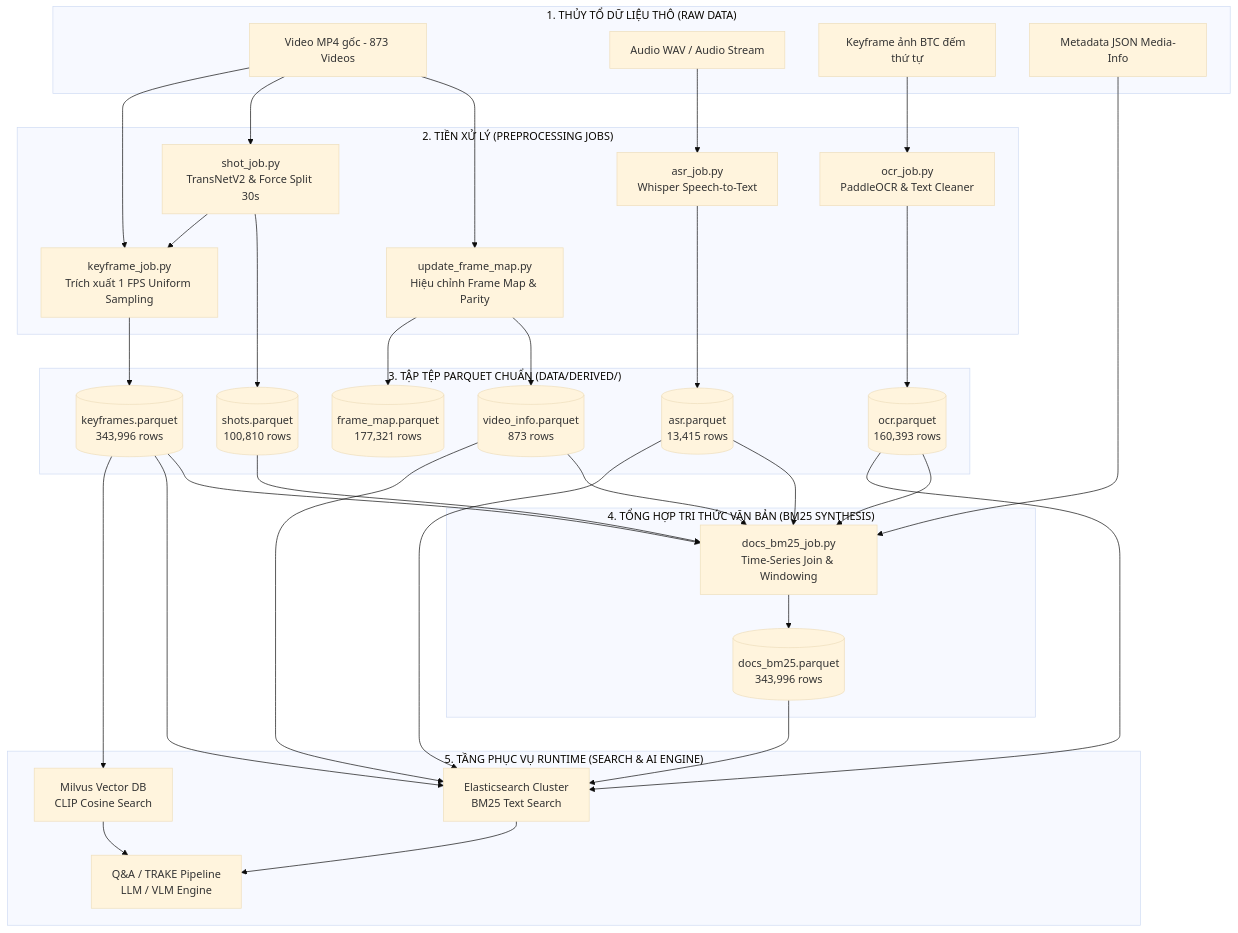
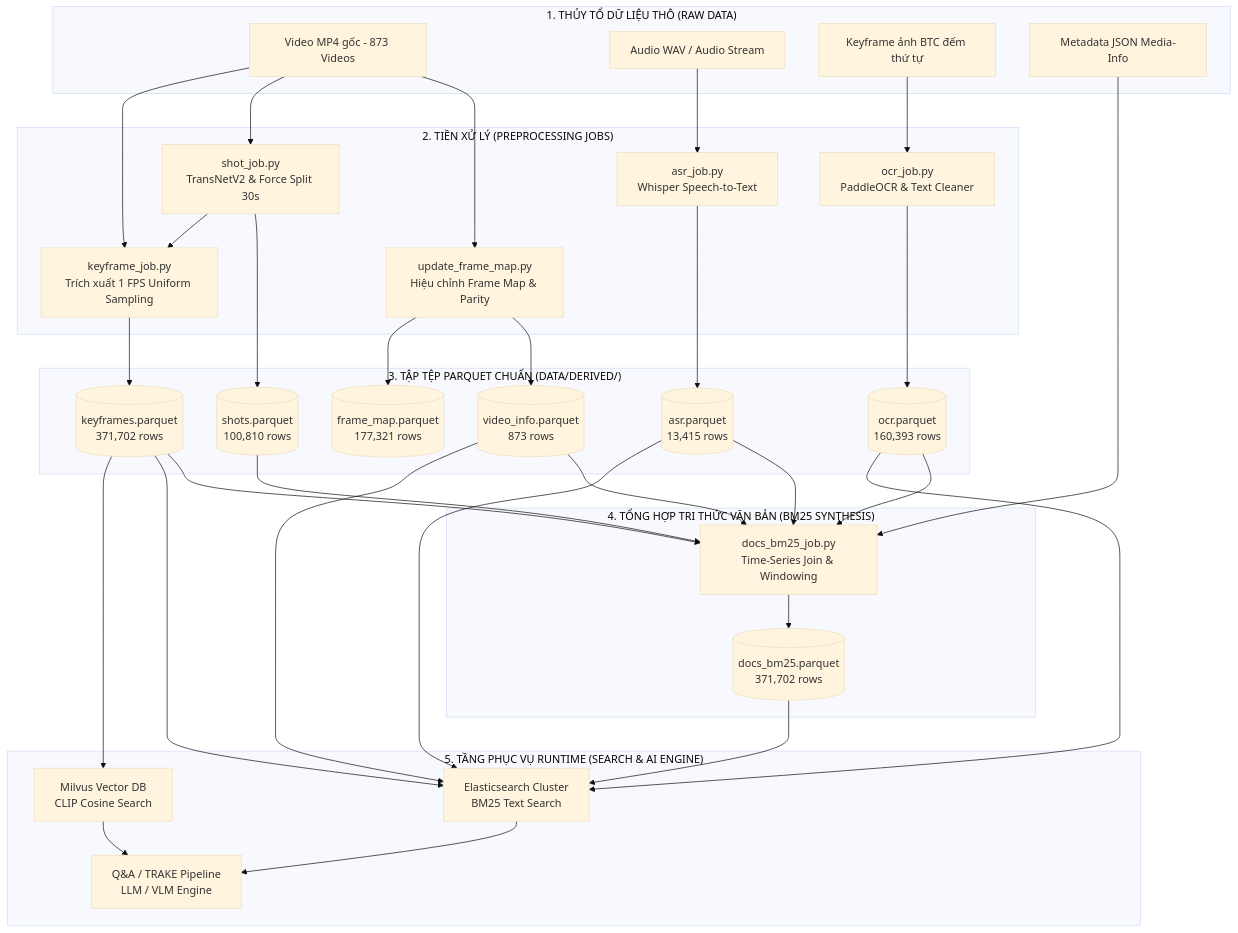
One commit to Cts7426/AI-Challenge---AIC2026---475 changed the diagram in docs/B_DATA_PIPELINE_SPEC.md. Above: the diagram before and after it, drawn with Mermaid (base theme). The commit also changed other lines of this file and 43 other files, not shown here.

````diff
--- a/docs/B_DATA_PIPELINE_SPEC.md
+++ b/docs/B_DATA_PIPELINE_SPEC.md
@@ -57,49 +57,49 @@
 ```mermaid
 flowchart TD
     subgraph RAW["1. THỦY TỔ DỮ LIỆU THÔ (RAW DATA)"]
         A1[Video MP4 gốc - 873 Videos]
         A2[Audio WAV / Audio Stream]
         A3[Keyframe ảnh BTC đếm thứ tự]
         A4[Metadata JSON Media-Info]
     end
 
     subgraph PREPROC["2. TIỀN XỬ LÝ (PREPROCESSING JOBS)"]
         B1[update_frame_map.py<br/>Hiệu chỉnh Frame Map & Parity]
         B2[shot_job.py<br/>TransNetV2 & Force Split 30s]
         B3[keyframe_job.py<br/>Trích xuất 1 FPS Uniform Sampling]
         B4[asr_job.py<br/>Whisper Speech-to-Text]
         B5[ocr_job.py<br/>PaddleOCR & Text Cleaner]
     end
 
     subgraph DERIVED["3. TẬP TỆP PARQUET CHUẨN (DATA/DERIVED/)"]
         C1[(video_info.parquet<br/>873 rows)]
         C2[(frame_map.parquet<br/>177,321 rows)]
         C3[(shots.parquet<br/>100,810 rows)]
-        C4[(keyframes.parquet<br/>343,996 rows)]
+        C4[(keyframes.parquet<br/>371,702 rows)]
         C5[(asr.parquet<br/>13,415 rows)]
         C6[(ocr.parquet<br/>160,393 rows)]
     end
 
     subgraph SYNTHESIS["4. TỔNG HỢP TRI THỨC VĂN BẢN (BM25 SYNTHESIS)"]
         D1[docs_bm25_job.py<br/>Time-Series Join & Windowing]
-        D2[(docs_bm25.parquet<br/>343,996 rows)]
+        D2[(docs_bm25.parquet<br/>371,702 rows)]
     end
 
     subgraph SERVING["5. TẦNG PHỤC VỤ RUNTIME (SEARCH & AI ENGINE)"]
         E1[Elasticsearch Cluster<br/>BM25 Text Search]
         E2[Milvus Vector DB<br/>CLIP Cosine Search]
         E3[Q&A / TRAKE Pipeline<br/>LLM / VLM Engine]
     end
 
     A1 --> B1 --> C1 & C2
     A1 --> B2 --> C3
     B2 & A1 --> B3 --> C4
     A2 --> B4 --> C5
     A3 --> B5 --> C6
 
     C4 & C1 & C3 & C5 & C6 & A4 --> D1 --> D2
 
     C1 & C4 & C6 & C5 & D2 --> E1
     C4 --> E2
     E1 & E2 --> E3
 ```
````
